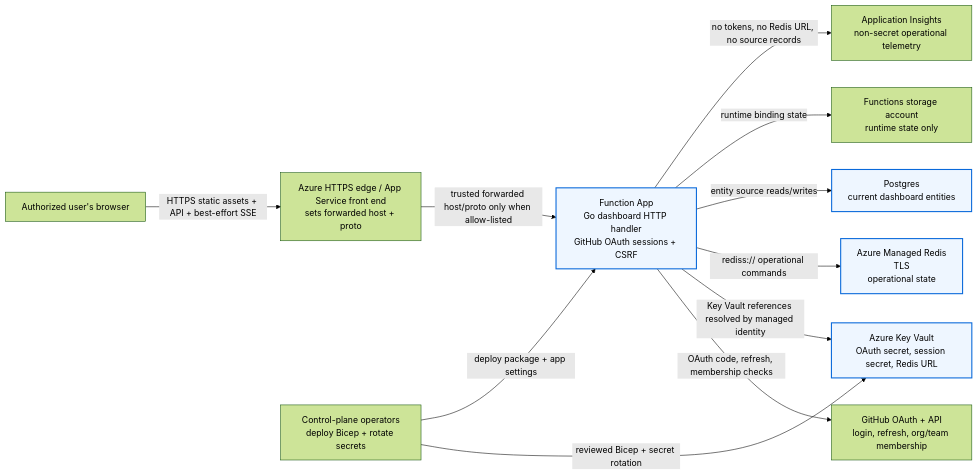
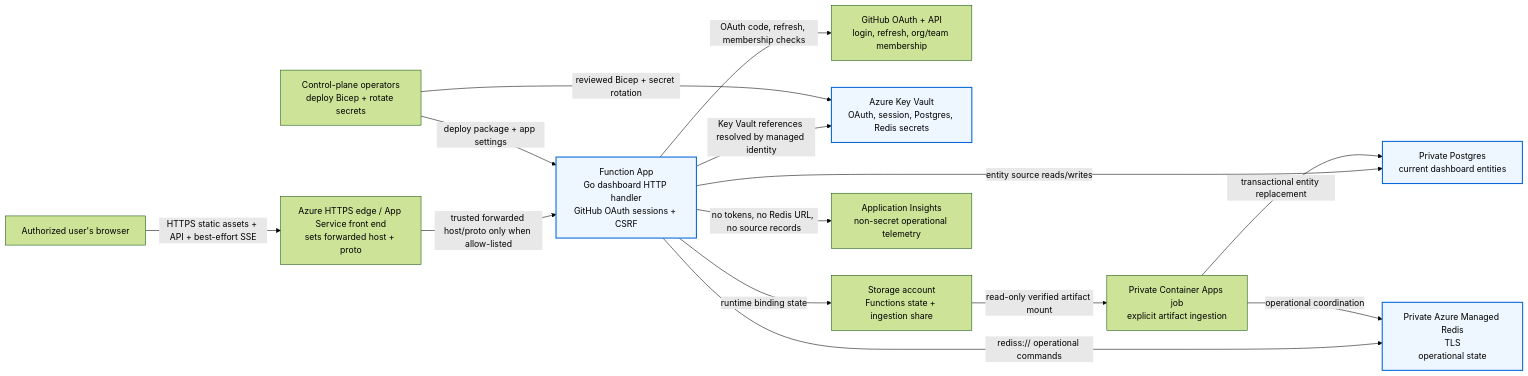
One commit to bradygaster/gh-aw-cao changed the second of 2 diagrams in server/README.md. Above: the diagram before and after it, drawn with Mermaid (forest theme). The commit also changed other lines of this file and 24 other files, not shown here.

````diff
--- a/server/README.md
+++ b/server/README.md
@@ -601,27 +603,31 @@
 ```mermaid
 flowchart LR
   Browser["Authorized user's browser"]
   Edge["Azure HTTPS edge / App Service front end<br/>sets forwarded host + proto"]
   Function["Function App<br/>Go dashboard HTTP handler<br/>GitHub OAuth sessions + CSRF"]
   GitHubOAuth["GitHub OAuth + API<br/>login, refresh, org/team membership"]
-  KeyVault["Azure Key Vault<br/>OAuth secret, session secret, Redis URL"]
-  Postgres["Postgres<br/>current dashboard entities"]
-  Redis["Azure Managed Redis<br/>TLS<br/>operational state"]
-  Storage["Functions storage account<br/>runtime state only"]
+  KeyVault["Azure Key Vault<br/>OAuth, session, Postgres, Redis secrets"]
+  Postgres["Private Postgres<br/>current dashboard entities"]
+  Redis["Private Azure Managed Redis<br/>TLS<br/>operational state"]
+  Storage["Storage account<br/>Functions state + ingestion share"]
+  Ingest["Private Container Apps job<br/>explicit artifact ingestion"]
   Insights["Application Insights<br/>non-secret operational telemetry"]
   Operators["Control-plane operators<br/>deploy Bicep + rotate secrets"]
 
   Browser -->|"HTTPS static assets + API + best-effort SSE"| Edge
   Edge -->|"trusted forwarded host/proto only when allow-listed"| Function
   Function -->|"OAuth code, refresh, membership checks"| GitHubOAuth
   Function -->|"Key Vault references resolved by managed identity"| KeyVault
   Function -->|"rediss:// operational commands"| Redis
   Function -->|"entity source reads/writes"| Postgres
   Function -->|"runtime binding state"| Storage
+  Storage -->|"read-only verified artifact mount"| Ingest
+  Ingest -->|"transactional entity replacement"| Postgres
+  Ingest -->|"operational coordination"| Redis
   Function -->|"no tokens, no Redis URL, no source records"| Insights
   Operators -->|"reviewed Bicep + secret rotation"| KeyVault
   Operators -->|"deploy package + app settings"| Function
 
   classDef boundary fill:#eef6ff,stroke:#0969da,stroke-width:2px;
   class Function,KeyVault,Postgres,Redis boundary;
 ```
````
